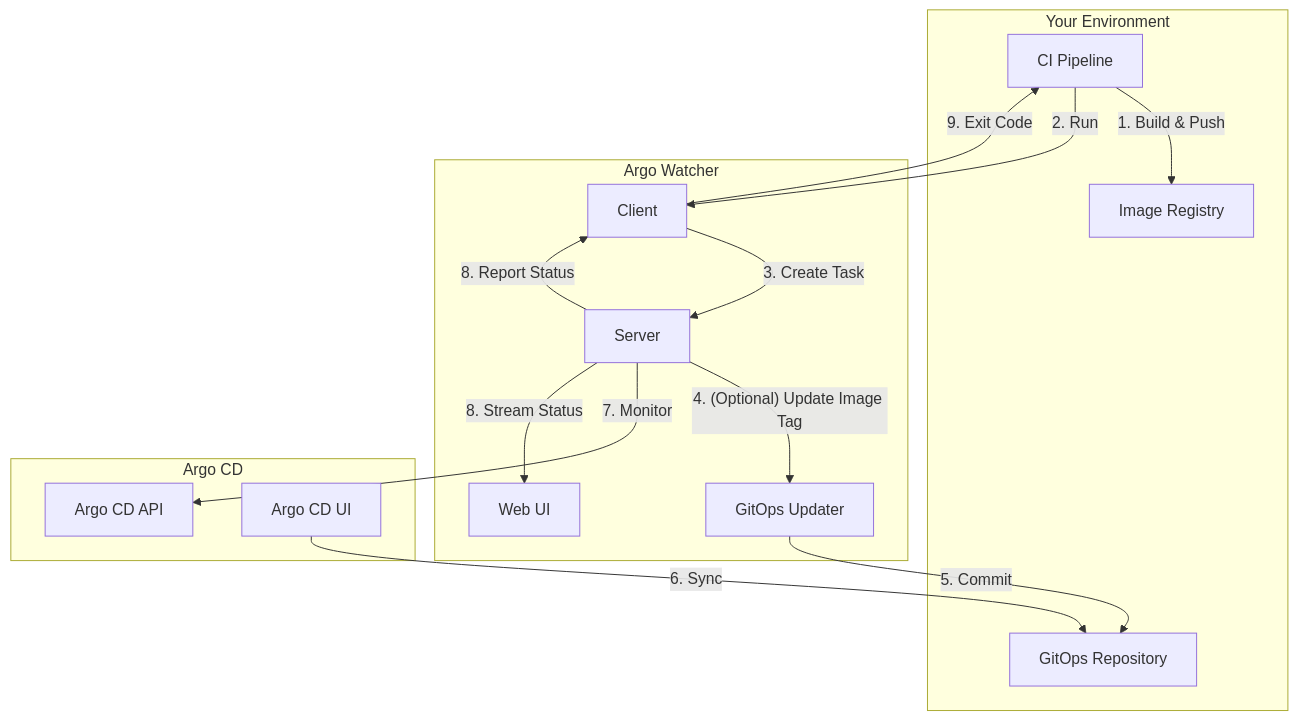
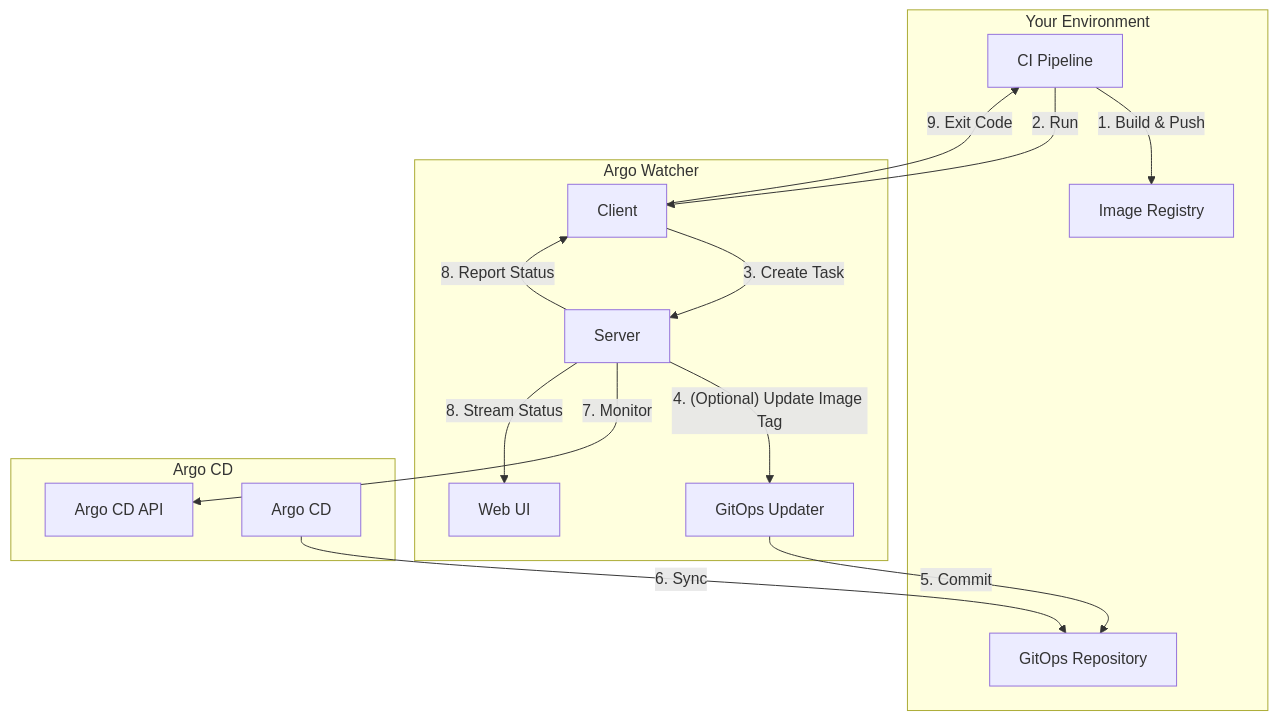
Before and after one commit to shini4i/argo-watcher: the diagram in README.md, drawn with Mermaid.

Commit message:
typo fix

````diff
--- a/README.md
+++ b/README.md
@@ -42,31 +42,31 @@
 ```mermaid
 graph TD
     subgraph "Your Environment"
         CI_Pipeline[CI Pipeline]
         Git_Repo[GitOps Repository]
         Image_Registry[Image Registry]
     end
 
     subgraph "Argo Watcher"
         Watcher_Server[Server]
         Watcher_Client[Client]
         Watcher_WebUI[Web UI]
         Watcher_Updater[GitOps Updater]
     end
 
     subgraph "Argo CD"
         ArgoCD_API[Argo CD API]
-        ArgoCD_UI[Argo CD UI]
+        ArgoCD[Argo CD]
     end
 
     CI_Pipeline -- "1. Build & Push" --> Image_Registry
     CI_Pipeline -- "2. Run" --> Watcher_Client
     Watcher_Client -- "3. Create Task" --> Watcher_Server
     Watcher_Server -- "4. (Optional) Update Image Tag" --> Watcher_Updater
     Watcher_Updater -- "5. Commit" --> Git_Repo
     Watcher_Server -- "7. Monitor" --> ArgoCD_API
-    ArgoCD_UI -- "6. Sync" --> Git_Repo
+    ArgoCD -- "6. Sync" --> Git_Repo
     Watcher_Server -- "8. Stream Status" --> Watcher_WebUI
     Watcher_Server -- "8. Report Status" --> Watcher_Client
     Watcher_Client -- "9. Exit Code" --> CI_Pipeline
 ```
````
